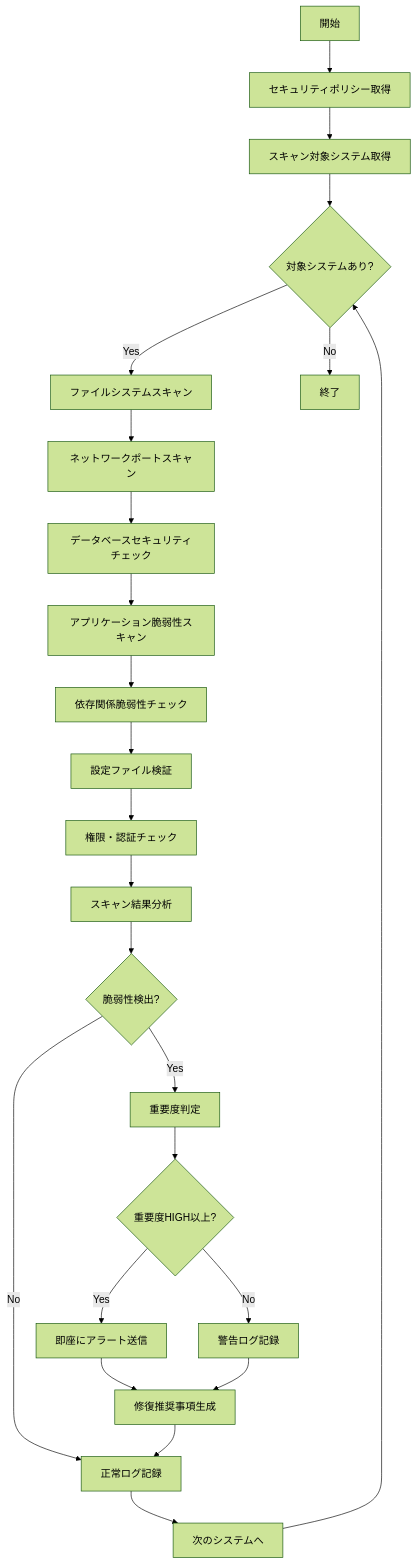
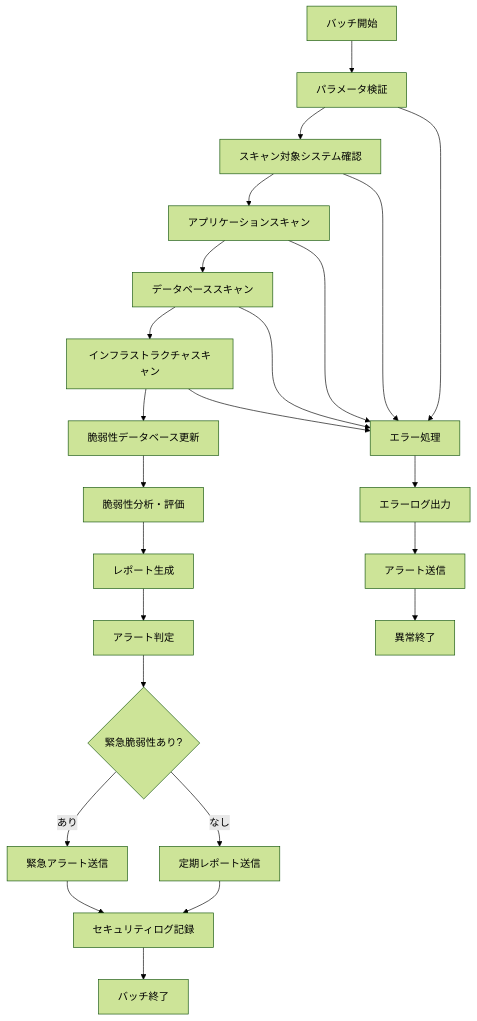
One commit to sas-dx/skill-report-web changed the diagram in docs/design/batch/specs/バッチ定義書_BATCH-003_セキュリティスキャンバッチ.md. Above: the diagram before and after it, drawn with Mermaid (forest theme). The commit also changed other lines of this file, not shown here.

````diff
--- a/docs/design/batch/specs/バッチ定義書_BATCH-003_セキュリティスキャンバッチ.md
+++ b/docs/design/batch/specs/バッチ定義書_BATCH-003_セキュリティスキャンバッチ.md
@@ -21,26 +58,27 @@
 ```mermaid
 flowchart TD
-    A[開始] --> B[セキュリティポリシー取得]
-    B --> C[スキャン対象システム取得]
-    C --> D{対象システムあり?}
-    D -->|Yes| E[ファイルシステムスキャン]
-    D -->|No| Z[終了]
-    E --> F[ネットワークポートスキャン]
-    F --> G[データベースセキュリティチェック]
-    G --> H[アプリケーション脆弱性スキャン]
-    H --> I[依存関係脆弱性チェック]
-    I --> J[設定ファイル検証]
-    J --> K[権限・認証チェック]
-    K --> L[スキャン結果分析]
-    L --> M{脆弱性検出?}
-    M -->|Yes| N[重要度判定]
-    M -->|No| S[正常ログ記録]
-    N --> O{重要度HIGH以上?}
-    O -->|Yes| P[即座にアラート送信]
-    O -->|No| Q[警告ログ記録]
-    P --> R[修復推奨事項生成]
-    Q --> R
-    R --> S
-    S --> T[次のシステムへ]
-    T --> D
+    A[バッチ開始] --> B[パラメータ検証]
+    B --> C[スキャン対象システム確認]
+    C --> D[アプリケーションスキャン]
+    D --> E[データベーススキャン]
+    E --> F[インフラストラクチャスキャン]
+    F --> G[脆弱性データベース更新]
+    G --> H[脆弱性分析・評価]
+    H --> I[レポート生成]
+    I --> J[アラート判定]
+    J --> K{緊急脆弱性あり?}
+    K -->|あり| L[緊急アラート送信]
+    K -->|なし| M[定期レポート送信]
+    L --> N[セキュリティログ記録]
+    M --> N
+    N --> O[バッチ終了]
+    
+    B --> P[エラー処理]
+    C --> P
+    D --> P
+    E --> P
+    F --> P
+    P --> Q[エラーログ出力]
+    Q --> R[アラート送信]
+    R --> S[異常終了]
 ```
````
